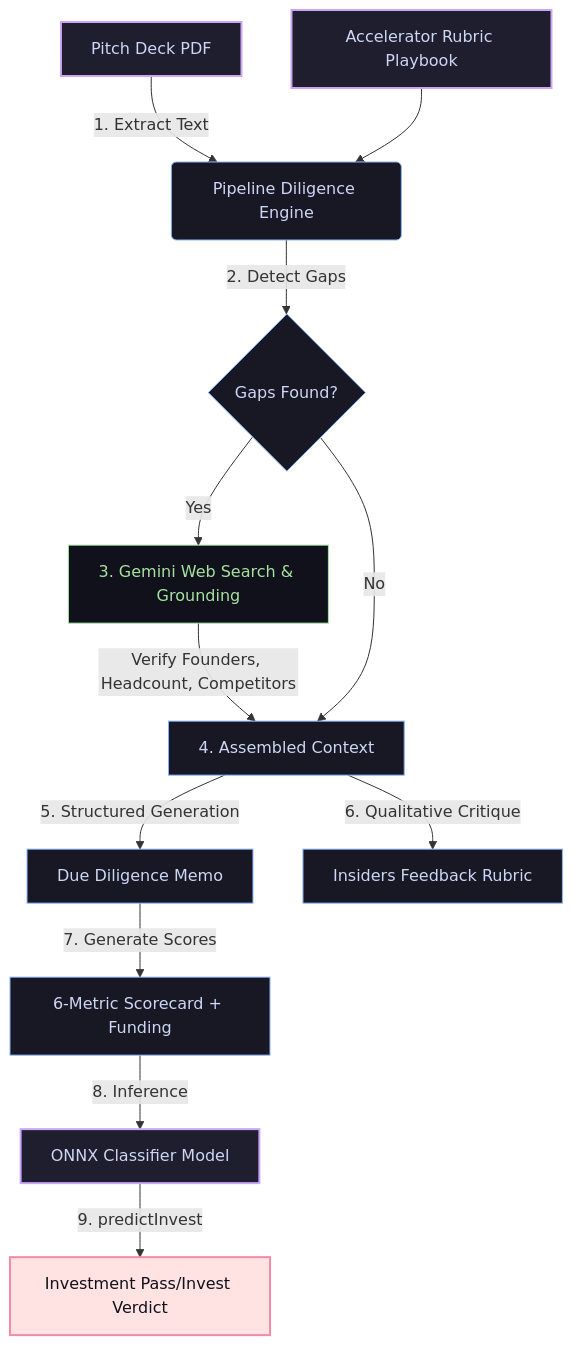
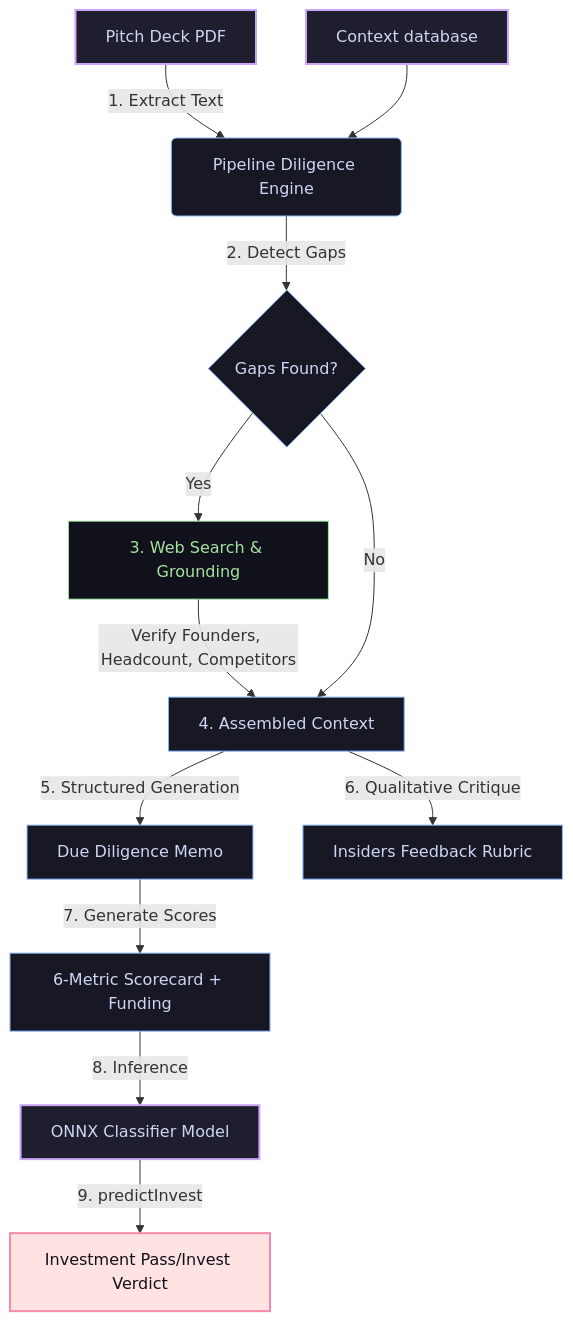
Before and after one commit to william-ragnarsson/vc-analyst: the diagram in README.md, drawn with Mermaid. The commit also changed other lines of this file, not shown here.

````diff
--- a/README.md
+++ b/README.md
@@ -37,23 +25,23 @@
 ```mermaid
 graph TD
     %% Styling
     classDef main fill:#1e1e2e,stroke:#cba6f7,stroke-width:2px,color:#cdd6f4;
     classDef highlight fill:#ffe2e2,stroke:#f38ba8,stroke-width:2px,color:#11111b;
     classDef process fill:#181825,stroke:#89b4fa,stroke-width:1px,color:#cdd6f4;
     classDef external fill:#11111b,stroke:#a6e3a1,stroke-width:1px,color:#a6e3a1;
 
     A[Pitch Deck PDF]:::main -->|1. Extract Text| B(Pipeline Diligence Engine):::process
-    Playbook[Accelerator Rubric Playbook]:::main --> B
+    Playbook[Context database]:::main --> B
     
     B -->|2. Detect Gaps| C{Gaps Found?}:::process
-    C -->|Yes| D[3. Gemini Web Search & Grounding]:::external
+    C -->|Yes| D[3. Web Search & Grounding]:::external
     D -->|Verify Founders, Headcount, Competitors| E[4. Assembled Context]:::process
     C -->|No| E
     
     E -->|5. Structured Generation| F[Due Diligence Memo]:::process
     E -->|6. Qualitative Critique| G[Insiders Feedback Rubric]:::process
     
     F -->|7. Generate Scores| Scorecard[6-Metric Scorecard + Funding]:::process
     Scorecard -->|8. Inference| ONNX[ONNX Classifier Model]:::main
     ONNX -->|9. predictInvest| Verdict[Investment Pass/Invest Verdict]:::highlight
 ```
````
